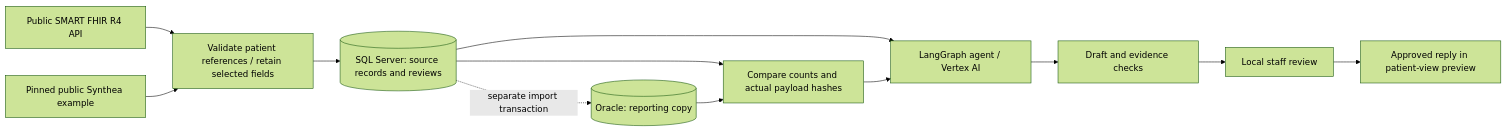
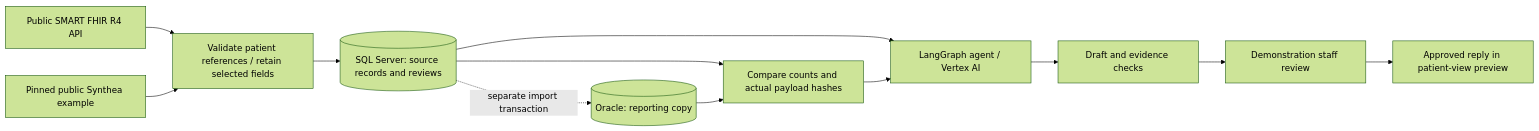
The diagram in README.md (rockyzl/healthcare-integration-lab), drawn with Mermaid (forest theme) before and after one commit. The commit also changed other lines of this file and 29 other files, not shown here.

````diff
--- a/README.md
+++ b/README.md
@@ -21,14 +21,14 @@
 ```mermaid
 flowchart LR
   A[Public SMART FHIR R4 API] --> C[Validate patient references / retain selected fields]
   B[Pinned public Synthea example] --> C
   C --> D[(SQL Server: source records and reviews)]
   D -. separate import transaction .-> E[(Oracle: reporting copy)]
   D --> F[Compare counts and actual payload hashes]
   E --> F
   D --> G[LangGraph agent / Vertex AI]
   F --> G
   G --> H[Draft and evidence checks]
-  H --> I[Local staff review]
+  H --> I[Demonstration staff review]
   I --> J[Approved reply in patient-view preview]
 ```
````
